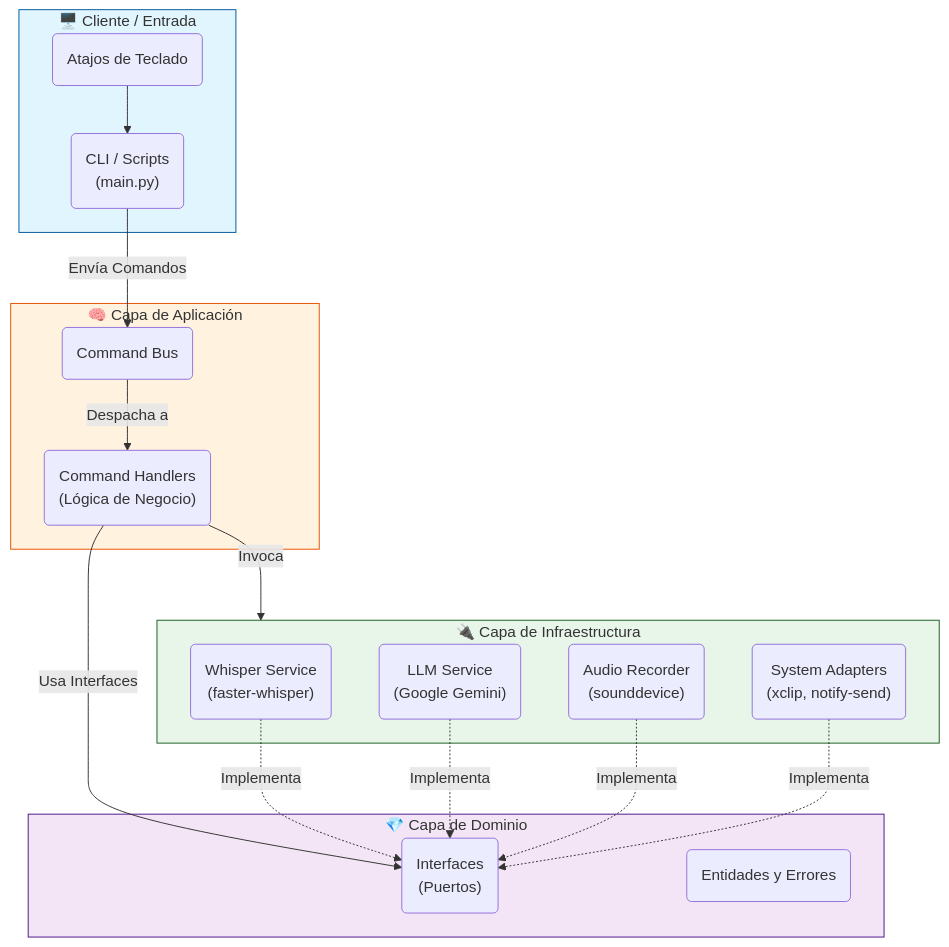
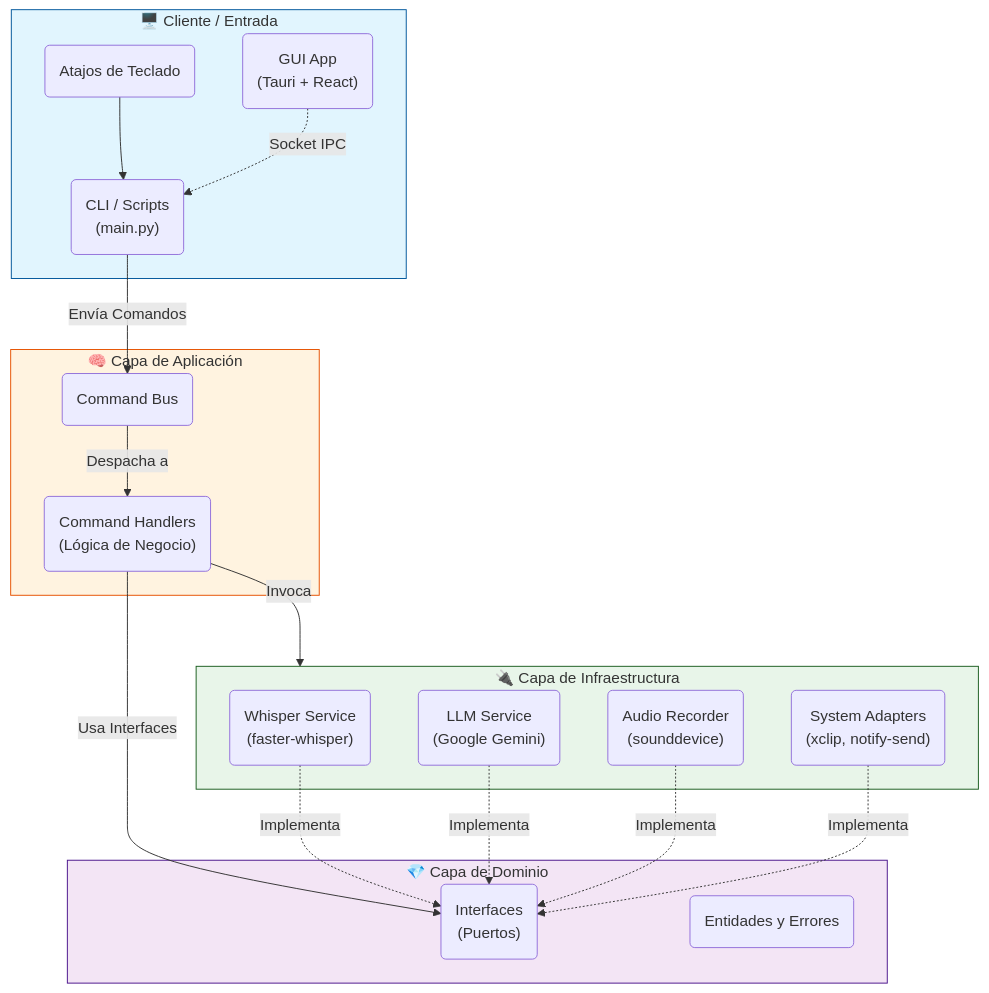
One commit to zarvent/v2m-lab changed the diagram in docs/arquitectura.md. Above: the diagram before and after it, drawn with Mermaid. The commit also changed other lines of this file and 14 other files, not shown here.

````diff
--- a/docs/arquitectura.md
+++ b/docs/arquitectura.md
@@ -11,40 +11,42 @@
 ```mermaid
 graph TD
     subgraph Client ["🖥️ Cliente / Entrada"]
         CLI("CLI / Scripts<br>(main.py)")
+        GUI("GUI App<br>(Tauri + React)")
         Shortcuts("Atajos de Teclado")
     end
 
     subgraph Application ["🧠 Capa de Aplicación"]
         Bus("Command Bus")
         Handlers("Command Handlers<br>(Lógica de Negocio)")
     end
 
     subgraph Domain ["💎 Capa de Dominio"]
         Interfaces("Interfaces<br>(Puertos)")
         Entities("Entidades y Errores")
     end
 
     subgraph Infrastructure ["🔌 Capa de Infraestructura"]
         Whisper("Whisper Service<br>(faster-whisper)")
         Gemini("LLM Service<br>(Google Gemini)")
         Audio("Audio Recorder<br>(sounddevice)")
         System("System Adapters<br>(xclip, notify-send)")
     end
 
     Shortcuts --> CLI
+    GUI -. "Socket IPC" .-> CLI
     CLI -- "Envía Comandos" --> Bus
     Bus -- "Despacha a" --> Handlers
     Handlers -- "Usa Interfaces" --> Interfaces
     Whisper -.-> |Implementa| Interfaces
     Gemini -.-> |Implementa| Interfaces
     Audio -.-> |Implementa| Interfaces
     System -.-> |Implementa| Interfaces
 
     Handlers -- "Invoca" --> Infrastructure
 
     style Client fill:#e1f5fe,stroke:#01579b
     style Application fill:#fff3e0,stroke:#e65100
     style Domain fill:#f3e5f5,stroke:#4a148c
     style Infrastructure fill:#e8f5e9,stroke:#1b5e20
 ```
````
